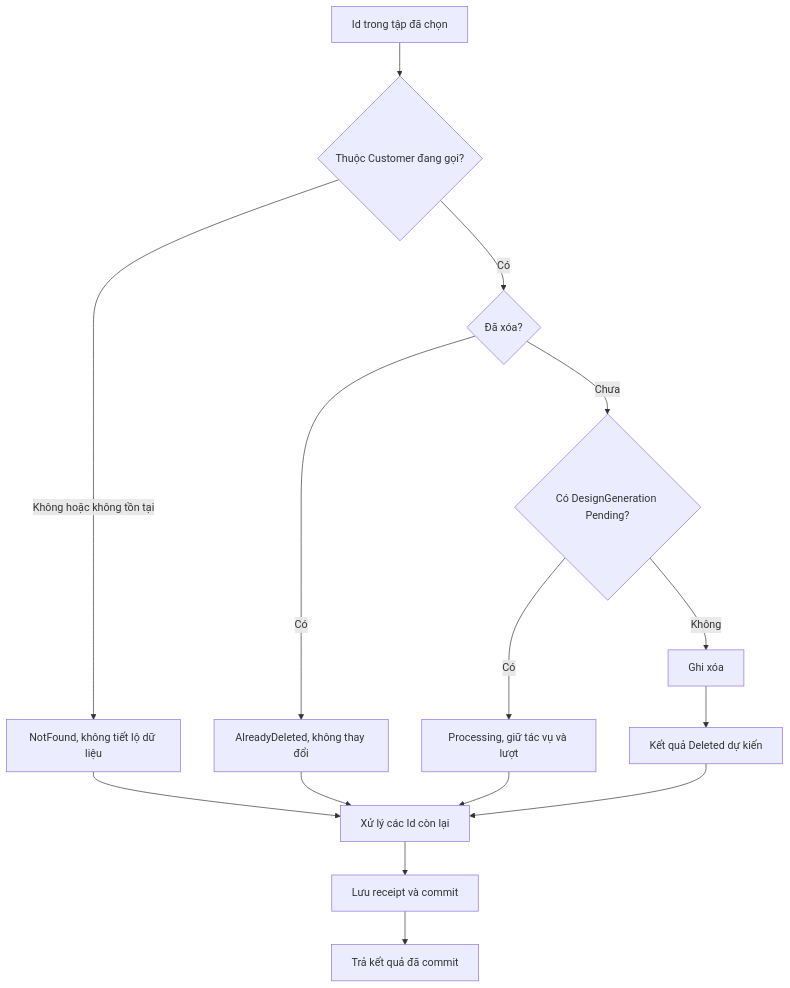
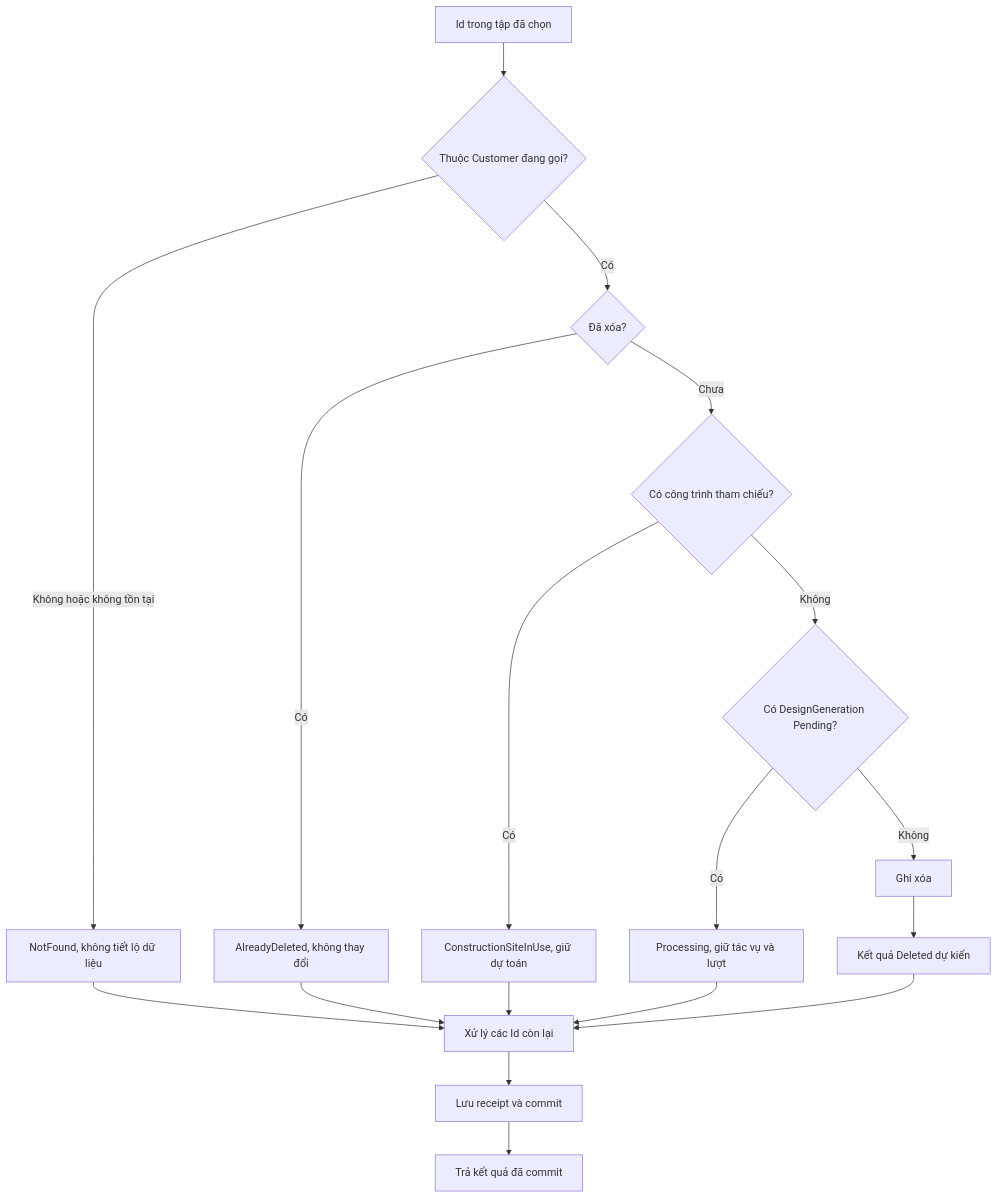
Before and after one commit to TaskCoper/bmt-documentation: the third of 5 diagrams in tdd/TDD-PROJ-005.md, drawn with Mermaid. The commit also changed other lines of this file and 260 other files, not shown here.

Commit message:
docs(construction-sites): publish approved requirements design tests and implementation

````diff
--- a/tdd/TDD-PROJ-005.md
+++ b/tdd/TDD-PROJ-005.md
@@ -176,17 +182,20 @@
 ```mermaid
 flowchart TD
     A[Id trong tập đã chọn] --> B{Thuộc Customer đang gọi?}
     B -->|Không hoặc không tồn tại| N[NotFound, không tiết lộ dữ liệu]
     B -->|Có| C{Đã xóa?}
     C -->|Có| D[AlreadyDeleted, không thay đổi]
-    C -->|Chưa| E{Có DesignGeneration Pending?}
+    C -->|Chưa| S{Có công trình tham chiếu?}
+    S -->|Có| SI[ConstructionSiteInUse, giữ dự toán]
+    S -->|Không| E{Có DesignGeneration Pending?}
+    SI --> I
     E -->|Có| F[Processing, giữ tác vụ và lượt]
     E -->|Không| G[Ghi xóa]
     G --> H[Kết quả Deleted dự kiến]
     N --> I[Xử lý các Id còn lại]
     D --> I
     F --> I
     H --> I
     I --> J[Lưu receipt và commit]
     J --> K[Trả kết quả đã commit]
 ```
````
